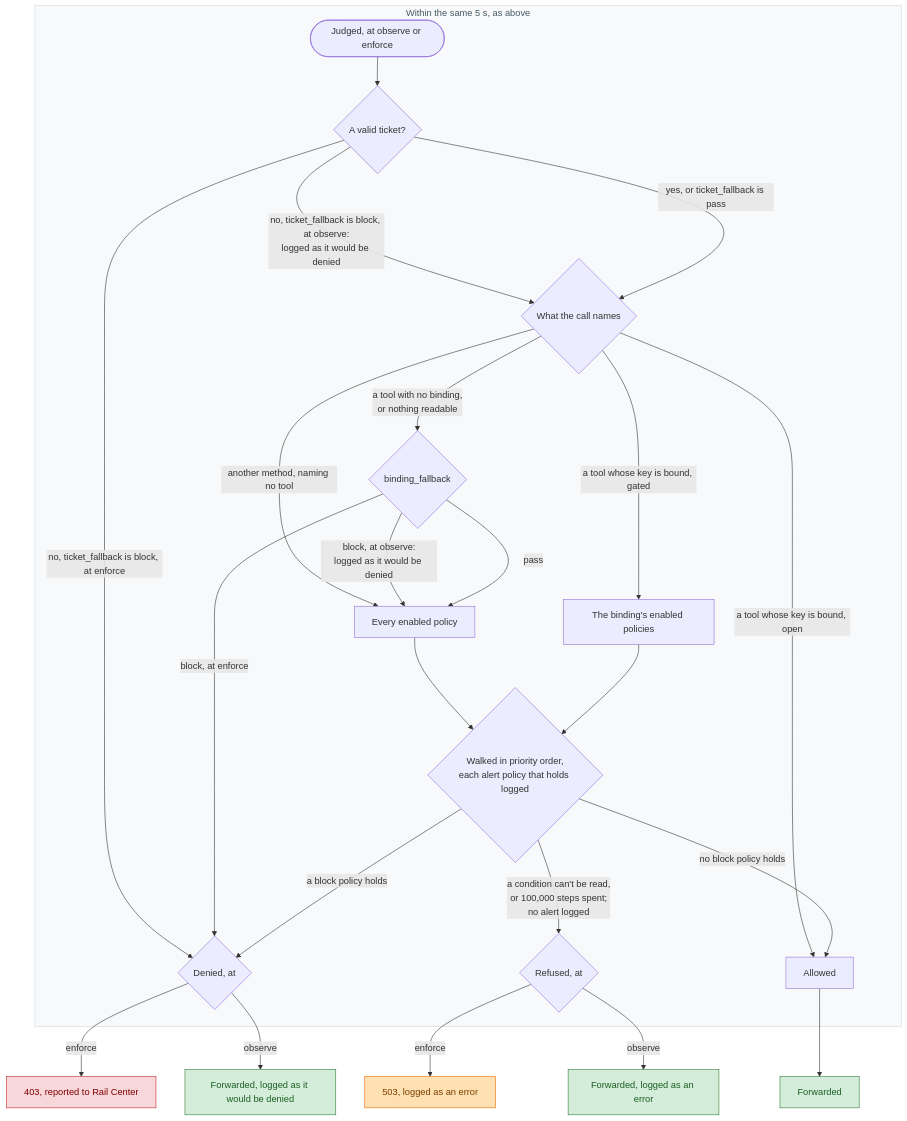
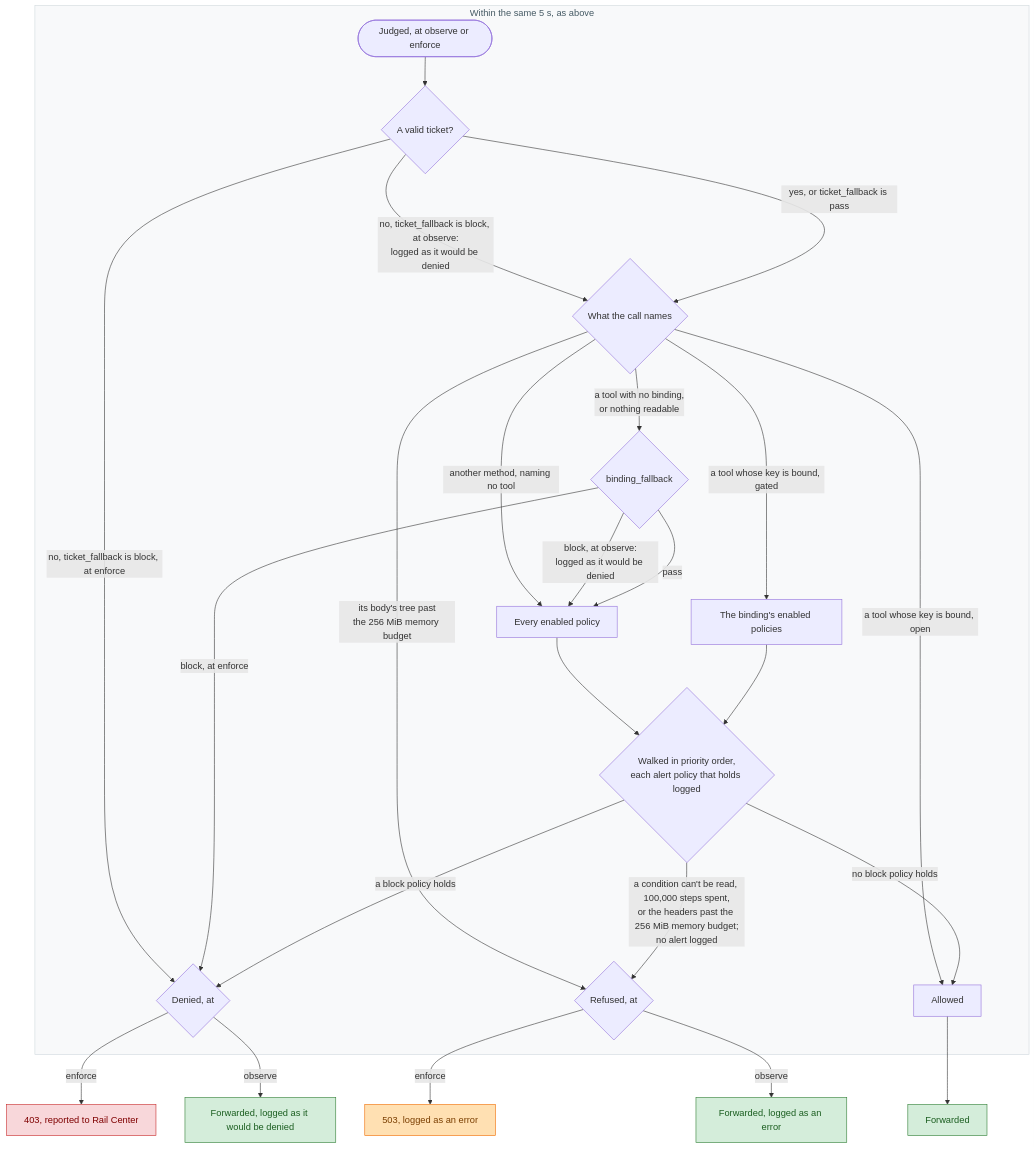
The fourth of 4 diagrams in GATEWAY.md (datrail/railguard), drawn with Mermaid before and after one commit. The commit also changed other lines of this file and 2 other files, not shown here.

Commit message:
DR-319: Filipe's review: the gateway answers a call past the memory budget from Outcome's past_budget, after the ticket fallback and its logs

````diff
--- a/GATEWAY.md
+++ b/GATEWAY.md
@@ -120,48 +120,49 @@
 ```mermaid
 flowchart TD
   subgraph deadline["Within the same 5 s, as above"]
     start([Judged, at observe or enforce])
     ticket{"A valid ticket?"}
     endpoint{"What the call names"}
     bf{binding_fallback}
     chain["Every enabled policy"]
     bound["The binding's enabled policies"]
     walk{"Walked in priority order,<br>each alert policy that holds logged"}
     deny{"Denied, at"}
     refused{"Refused, at"}
     allow[Allowed]
   end
   r1["403, reported to Rail Center"]:::denied
   f1["Forwarded, logged as it would be denied"]:::forwarded
   r2["503, logged as an error"]:::cannotApply
   f2["Forwarded, logged as an error"]:::forwarded
   f3[Forwarded]:::forwarded
 
   start --> ticket
   ticket -->|"no, ticket_fallback is block, at enforce"| deny
   ticket -->|"no, ticket_fallback is block, at observe:<br>logged as it would be denied"| endpoint
   ticket -->|"yes, or ticket_fallback is pass"| endpoint
+  endpoint -->|"its body's tree past<br>the 256 MiB memory budget"| refused
   endpoint -->|"another method, naming no tool"| chain
   endpoint -->|"a tool whose key is bound, gated"| bound
   endpoint -->|"a tool whose key is bound, open"| allow
   endpoint -->|"a tool with no binding,<br>or nothing readable"| bf
   bf -->|"block, at enforce"| deny
   bf -->|"block, at observe:<br>logged as it would be denied"| chain
   bf -->|pass| chain
   chain --> walk
   bound --> walk
   walk -->|"a block policy holds"| deny
-  walk -->|"a condition can't be read,<br>or 100,000 steps spent;<br>no alert logged"| refused
+  walk -->|"a condition can't be read, 100,000 steps spent,<br>or the headers past the 256 MiB memory budget;<br>no alert logged"| refused
   walk -->|"no block policy holds"| allow
   deny -->|enforce| r1
   deny -->|observe| f1
   refused -->|enforce| r2
   refused -->|observe| f2
   allow --> f3
 
   style deadline fill:#f8f9fa,stroke:#cfd8dc,color:#455a64
 
   classDef forwarded fill:#d4edda,stroke:#2e7d32,color:#1b5e20
   classDef denied fill:#f8d7da,stroke:#c62828,color:#7f0000
   classDef cannotApply fill:#ffe0b2,stroke:#ef6c00,color:#7a3e00
 ```
````
